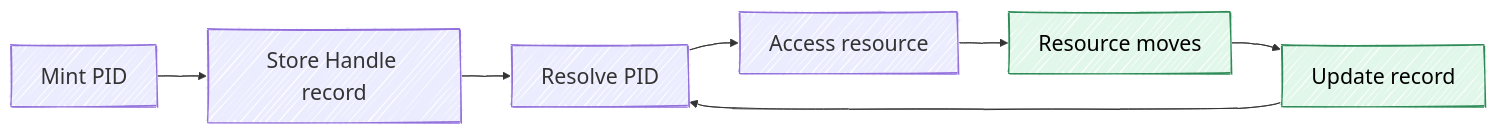
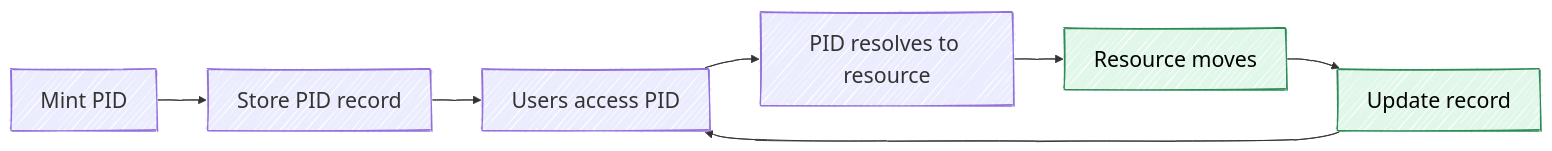
The third of 4 diagrams in book/pids.qmd (chStaiger/rdm-fundamentals), drawn with Mermaid before and after one commit. The commit also changed other lines of this file and 1 other file, not shown here.

````diff
--- a/book/pids.qmd
+++ b/book/pids.qmd
@@ -87,28 +87,28 @@
 ```{mermaid}
 %%| label: fig-pid
 %%| fig-cap: PID Lifecycle (Mint → Store → Resolve → Update)
 %%| fig-align: center
 %%{init: {
   "look": "handDrawn",
   "themeVariables": {
       "fontSize": "22px",
       "fontSizeSection": "28px"
   },
   "flowchart": { "htmlLabels": false }
 }}%%
 
 flowchart LR
 
     MINT["Mint PID"]
-    STORE["Store Handle record"]
-    RESOLVE["Resolve PID"]
-    ACCESS["Access resource"]
+    STORE["Store PID record"]
+    RESOLVE["Users access PID"]
+    ACCESS["PID resolves to resource"]
     MOVE_PID["Resource moves"]
     UPDATE["Update record"]
 
     MINT --> STORE --> RESOLVE --> ACCESS --> MOVE_PID --> UPDATE --> RESOLVE
     
     %% Highlight the two nodes
     style MOVE_PID fill:#e0f7e9,stroke:#2e8b57,color:#000000
     style UPDATE fill:#e0f7e9,stroke:#2e8b57,color:#000000
 ```
````
